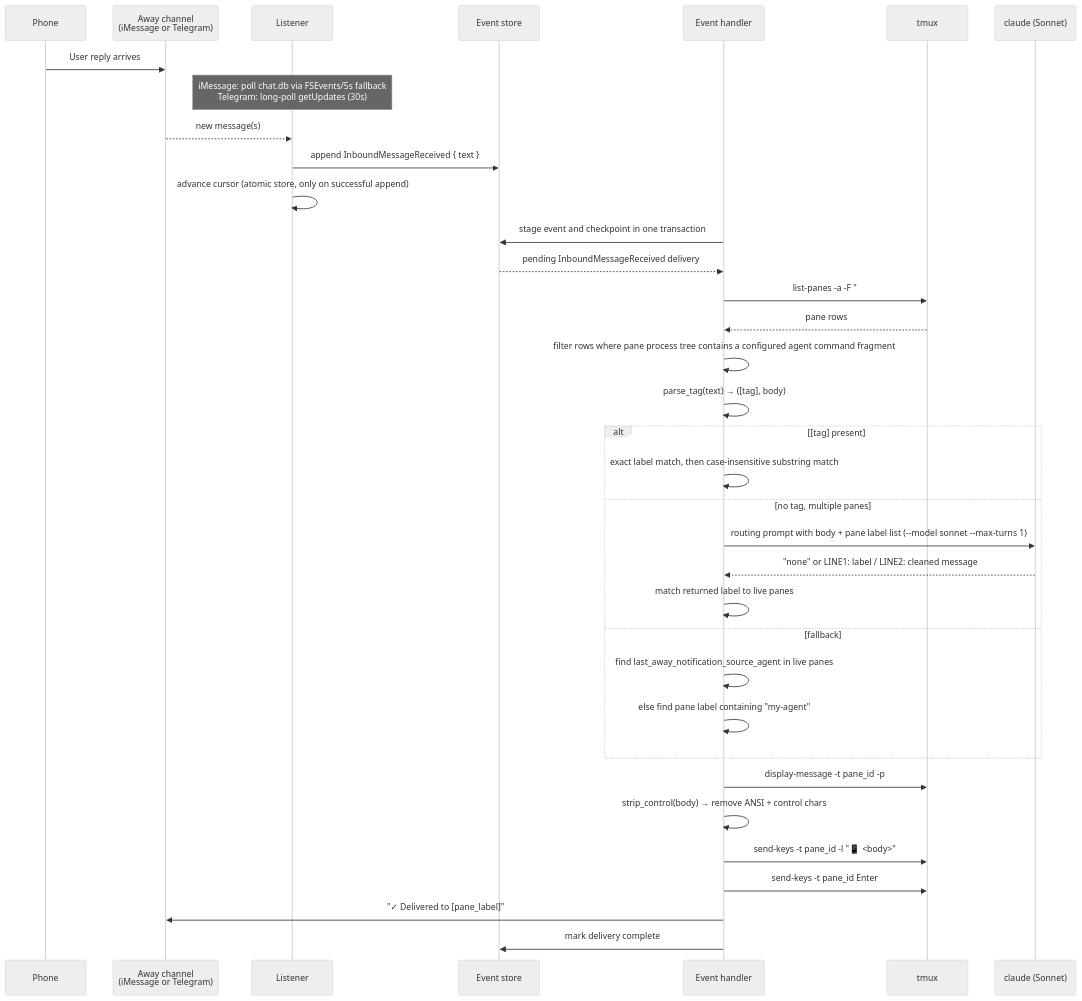
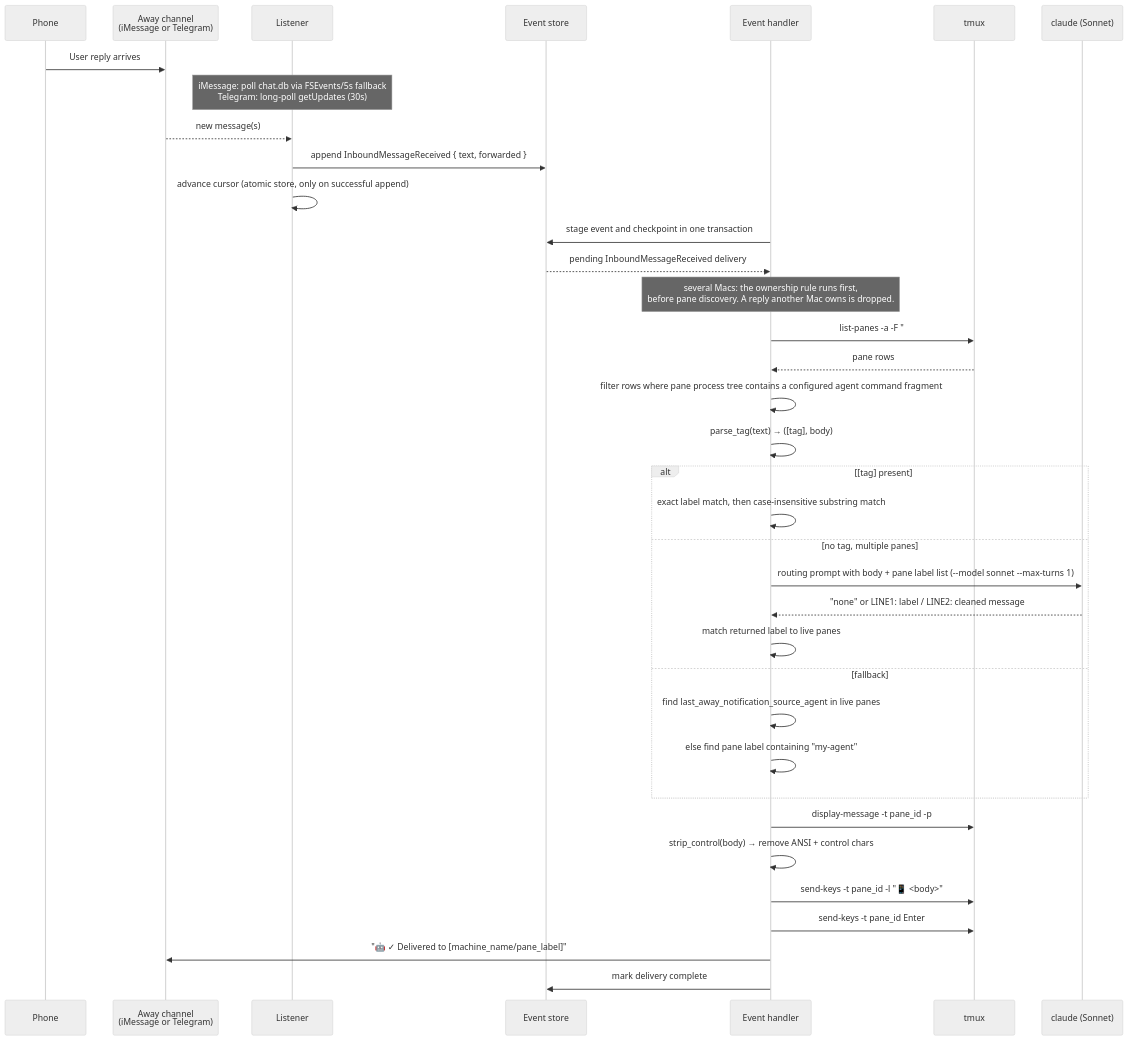
Before and after one commit to kahgeh/harold: the second of 2 diagrams in docs/references/inbound-message-routing/README.md, drawn with Mermaid (neutral theme). The commit also changed other lines of this file and 5 other files, not shown here.

Commit message:
Document replies across several Macs and add the settings to the config template

````diff
--- a/docs/references/inbound-message-routing/README.md
+++ b/docs/references/inbound-message-routing/README.md
@@ -113,43 +259,44 @@
 ```mermaid
 sequenceDiagram
     participant Phone
     participant Channel as Away channel<br/>(iMessage or Telegram)
     participant Listener
     participant Store as Event store
     participant Handler as Event handler
     participant Tmux as tmux
     participant AiCli as claude (Sonnet)
 
     Phone->>Channel: User reply arrives
     note over Listener: iMessage: poll chat.db via FSEvents/5s fallback<br/>Telegram: long-poll getUpdates (30s)
     Channel-->>Listener: new message(s)
-    Listener->>Store: append InboundMessageReceived { text }
+    Listener->>Store: append InboundMessageReceived { text, forwarded }
     Listener->>Listener: advance cursor (atomic store, only on successful append)
 
     Handler->>Store: stage event and checkpoint in one transaction
     Store-->>Handler: pending InboundMessageReceived delivery
 
+    note over Handler: several Macs: the ownership rule runs first,<br/>before pane discovery. A reply another Mac owns is dropped.
     Handler->>Tmux: list-panes -a -F "#{pane_id}|#{session_name}:#{window_index}.#{pane_index}|#{pane_pid}"
     Tmux-->>Handler: pane rows
     Handler->>Handler: filter rows where pane process tree contains a configured agent command fragment
 
     Handler->>Handler: parse_tag(text) → ([tag], body)
 
     alt [tag] present
         Handler->>Handler: exact label match, then case-insensitive substring match
     else no tag, multiple panes
         Handler->>AiCli: routing prompt with body + pane label list (--model sonnet --max-turns 1)
         AiCli-->>Handler: "none" or LINE1: label / LINE2: cleaned message
         Handler->>Handler: match returned label to live panes
     else fallback
         Handler->>Handler: find last_away_notification_source_agent in live panes
         Handler->>Handler: else find pane label containing "my-agent"
     end
 
     Handler->>Tmux: display-message -t pane_id -p #{pane_pid} → process-tree liveness check
     Handler->>Handler: strip_control(body) → remove ANSI + control chars
     Handler->>Tmux: send-keys -t pane_id -l "📱 <body>"
     Handler->>Tmux: send-keys -t pane_id Enter
-    Handler->>Channel: "✓ Delivered to [pane_label]"
+    Handler->>Channel: "🤖 ✓ Delivered to [machine_name/pane_label]"
     Handler->>Store: mark delivery complete
 ```
````
